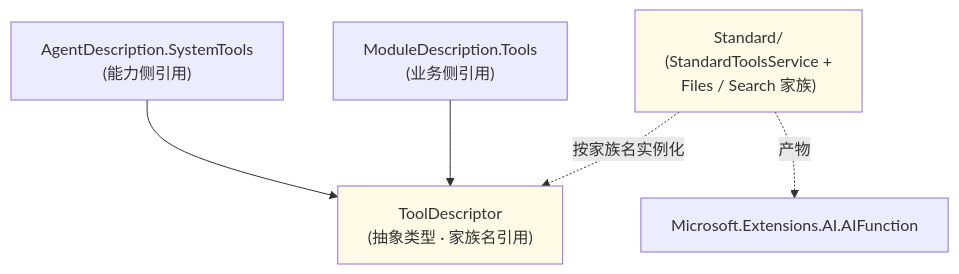
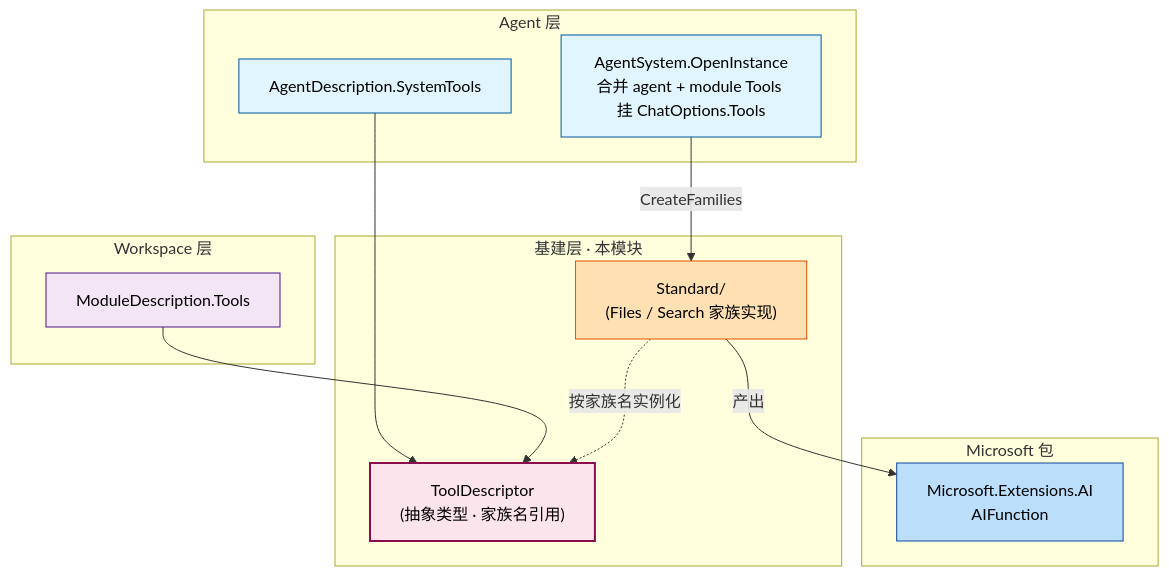
One commit to nan023062/agent-team-cc changed the first of 2 diagrams in v2/cbim/Assets/CBIM/Tools/.dna/module.md. Above: the diagram before and after it, drawn with Mermaid. The commit also changed other lines of this file and 14 other files, not shown here.

First line of the commit message:
docs(v2): diagrams-first rewrite for all 15 module .dna files

````diff
--- a/v2/cbim/Assets/CBIM/Tools/.dna/module.md
+++ b/v2/cbim/Assets/CBIM/Tools/.dna/module.md
@@ -56,16 +20,39 @@
 ```mermaid
 flowchart TD
-    TD["ToolDescriptor\n(抽象类型 · 家族名引用)"]
-    STD["Standard/\n(StandardToolsService +\nFiles / Search 家族)"]
-    AD["AgentDescription.SystemTools\n(能力侧引用)"]
-    MD["ModuleDescription.Tools\n(业务侧引用)"]
-    MSE["Microsoft.Extensions.AI.AIFunction"]
+    classDef self    fill:#fce4ec,stroke:#880e4f,stroke-width:2px,color:#000;
+    classDef child   fill:#ffe0b2,stroke:#e65100,color:#000;
+    classDef infra   fill:#fff9c4,stroke:#f57f17,color:#000;
+    classDef facade  fill:#e1f5fe,stroke:#01579b,color:#000;
+    classDef peer    fill:#f3e5f5,stroke:#4a148c,color:#000;
+    classDef ms      fill:#bbdefb,stroke:#0d47a1,color:#000;
+
+    subgraph AGENT["Agent 层"]
+        AD["AgentDescription.SystemTools"]
+        AS["AgentSystem.OpenInstance\n合并 agent + module Tools 挂 ChatOptions.Tools"]
+    end
+
+    subgraph WS["Workspace 层"]
+        MD["ModuleDescription.Tools"]
+    end
+
+    subgraph INFRA["基建层 · 本模块"]
+        TD["ToolDescriptor\n(抽象类型 · 家族名引用)"]
+        STD["Standard/\n(Files / Search 家族实现)"]
+    end
+
+    subgraph MS["Microsoft 包"]
+        MSE["Microsoft.Extensions.AI\nAIFunction"]
+    end
 
     AD --> TD
     MD --> TD
+    AS -- CreateFamilies --> STD
     STD -. 按家族名实例化 .-> TD
-    STD -. 产物 .-> MSE
+    STD -- 产出 --> MSE
 
-    classDef self fill:#fffbe6;
-    class TD,STD self;
+    class TD self;
+    class STD child;
+    class AS,AD facade;
+    class MD peer;
+    class MSE ms;
 ```
````
